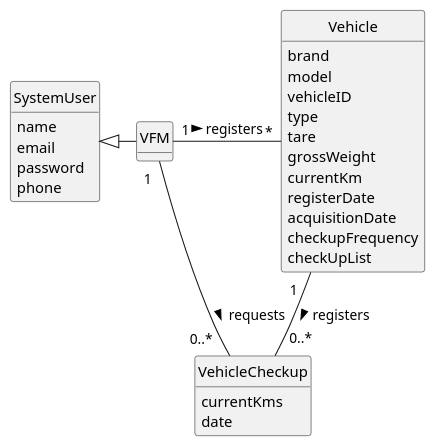
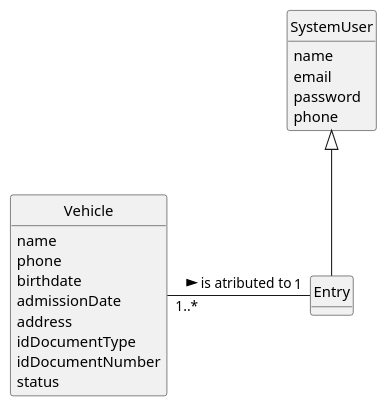
Before and after one commit to Departamento-de-Engenharia-Informatica/lei-24-s2-1do-g164: the diagram in docs/sprintC/us026/02.analysis/puml/us008-domain-model.puml, drawn with PlantUML.

Commit message:
US026(docs):DM finished

```diff
--- a/docs/sprintC/us026/02.analysis/puml/us008-domain-model.puml
+++ b/docs/sprintC/us026/02.analysis/puml/us008-domain-model.puml
@@ -1,52 +1,42 @@
 @startuml
 skinparam monochrome true
 skinparam packageStyle rectangle
 skinparam shadowing false
 
-
+'left to right direction
 
 skinparam classAttributeIconSize 0
 
 hide circle
 hide methods
-
 
 class SystemUser {
     name
     email
     password
     phone
 
 }
-class VFM {
+
+
+class Entry {
 
 }
 
-class VehicleCheckup {
-    currentKms
-    date
-
-}
-
-class Vehicle {
-
-
-        brand
-        model
-        vehicleID
-        type
-        tare
-        grossWeight
-        currentKm
-        registerDate
-        acquisitionDate
-        checkupFrequency
-        checkUpList
+class Vehicle{
+      name
+      phone
+      birthdate
+      admissionDate
+      address
+      idDocumentType
+      idDocumentNumber
+      status
 }
 
 
-VFM "1" - "*" Vehicle : registers >
-Vehicle "1   " -- "0..*                        " VehicleCheckup : registers >
-VFM "           1 " - "0..*   " VehicleCheckup : requests >
-SystemUser <|- VFM
+
+
+Vehicle "1..*" - "1" Entry: is atributed to >
+SystemUser <|-- Entry
 @enduml
```
